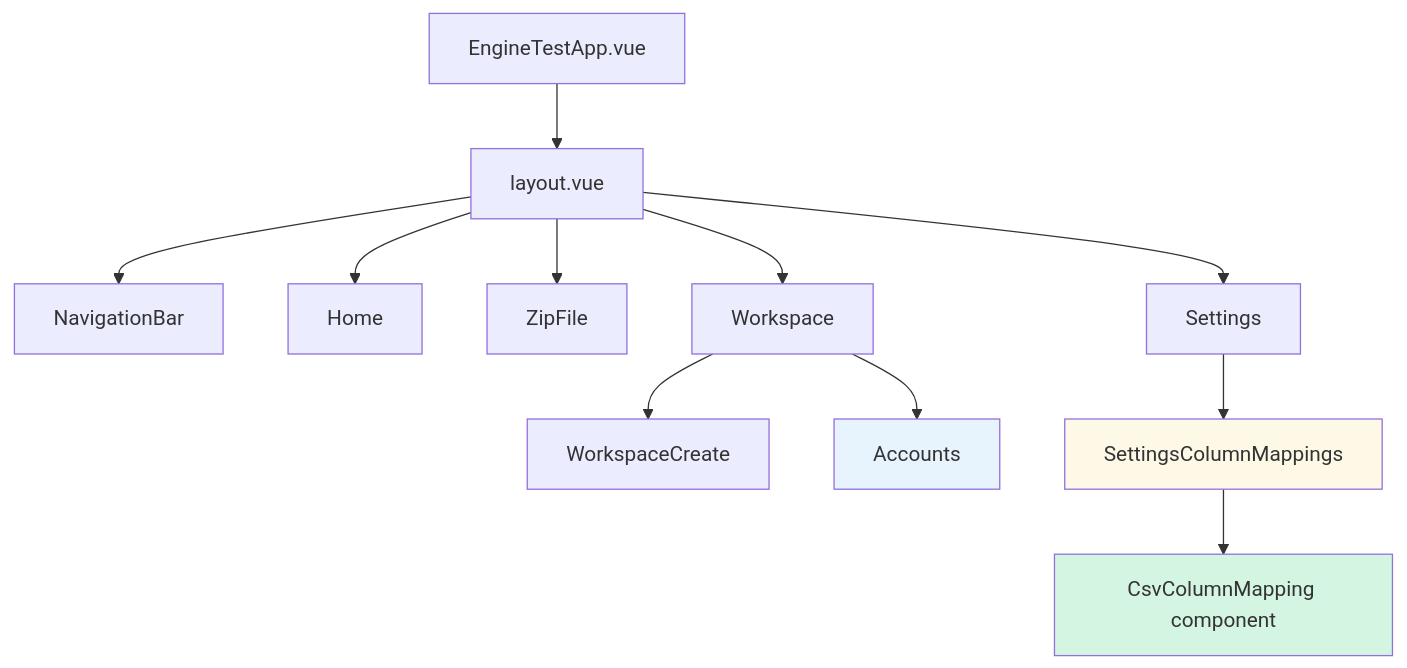
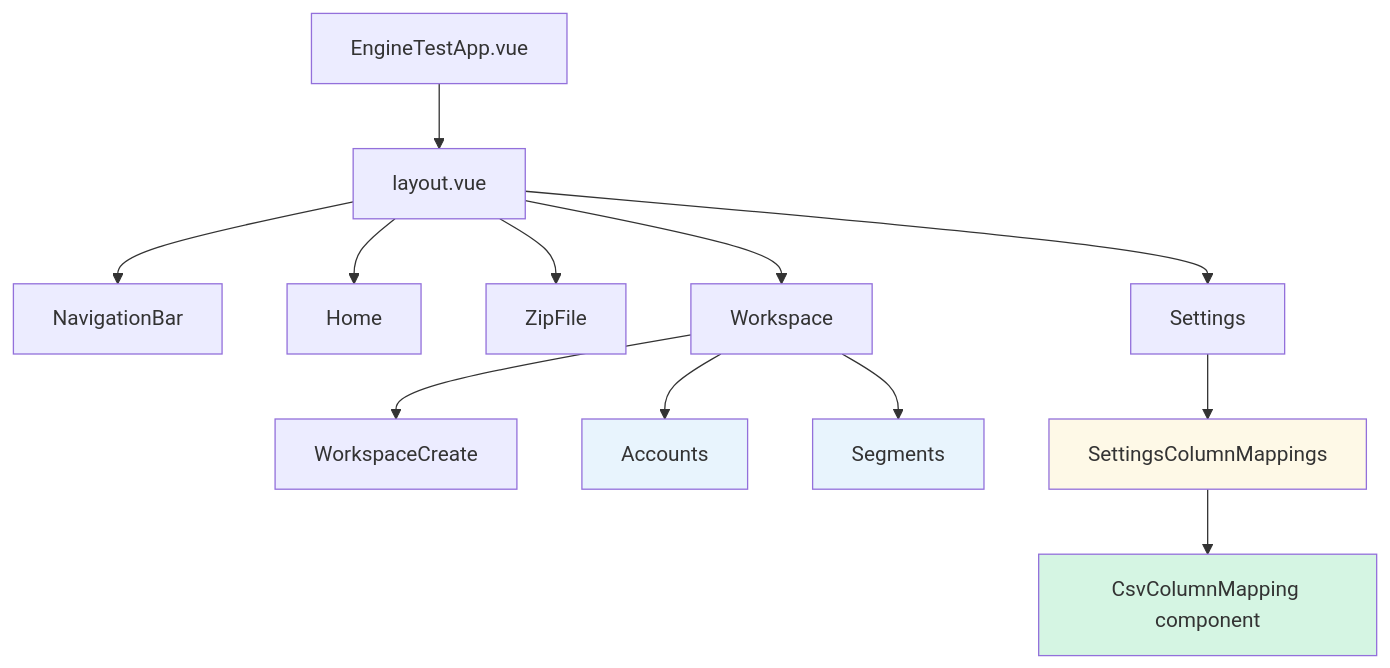
The fifth of 9 diagrams in Doc/Engine-TestApp/Engine-TestApp.md (cobreti/Budgan), drawn with Mermaid before and after one commit. The commit also changed other lines of this file and 2 other files, not shown here.

````diff
--- a/Doc/Engine-TestApp/Engine-TestApp.md
+++ b/Doc/Engine-TestApp/Engine-TestApp.md
@@ -202,29 +244,32 @@
 ```mermaid
 graph TD
     APP[EngineTestApp.vue]
     LAYOUT[layout.vue]
     NAV[NavigationBar]
     HOME[Home]
     ZIP[ZipFile]
     WRK[Workspace]
     WRK_C[WorkspaceCreate]
     WRK_A[Accounts]
+    WRK_S[Segments]
     SET[Settings]
     SET_CM[SettingsColumnMappings]
     CM[CsvColumnMapping component]
 
     APP --> LAYOUT
     LAYOUT --> NAV
     LAYOUT --> HOME
     LAYOUT --> ZIP
     LAYOUT --> WRK
     WRK --> WRK_C
     WRK --> WRK_A
+    WRK --> WRK_S
     LAYOUT --> SET
     SET --> SET_CM
     SET_CM --> CM
 
     style CM fill:#d5f5e3
     style SET_CM fill:#fef9e7
     style WRK_A fill:#e8f4fd
+    style WRK_S fill:#e8f4fd
 ```
````
